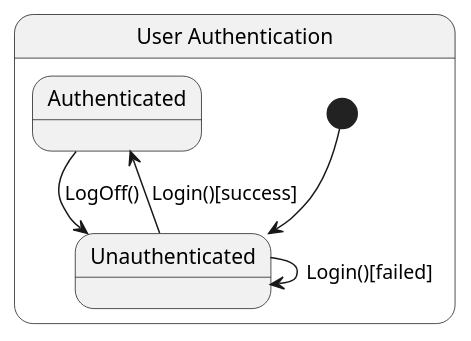
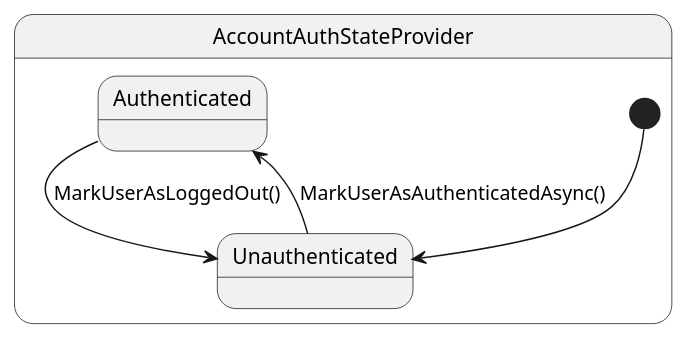
Before and after one commit to Cryptic5/itsSoOverlief: the diagram in Diagrams/user_authentication_state.puml, drawn with PlantUML. The commit also changed 8 other files, not shown here.

```diff
--- a/Diagrams/user_authentication_state.puml
+++ b/Diagrams/user_authentication_state.puml
@@ -1,11 +1,10 @@
 @startuml user_authentication_state
-state "User Authentication" as Authentication {
+state "AccountAuthStateProvider" as Authentication {
     state "Unauthenticated" as Unauthenticated
     state "Authenticated" as Authenticated
 
     [*] --> Unauthenticated
-    Unauthenticated --> Unauthenticated : Login()[failed]
-    Unauthenticated --> Authenticated : Login()[success]
-    Authenticated -right-> Unauthenticated : LogOff()
+    Unauthenticated --> Authenticated  : MarkUserAsAuthenticatedAsync()
+    Authenticated -right-> Unauthenticated : MarkUserAsLoggedOut()
 }
 @enduml
```
